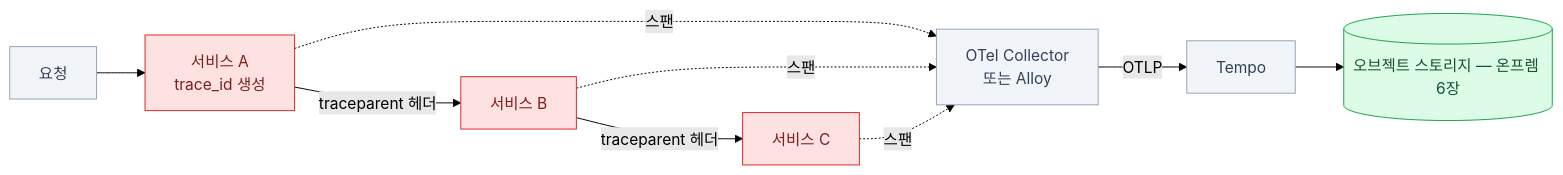
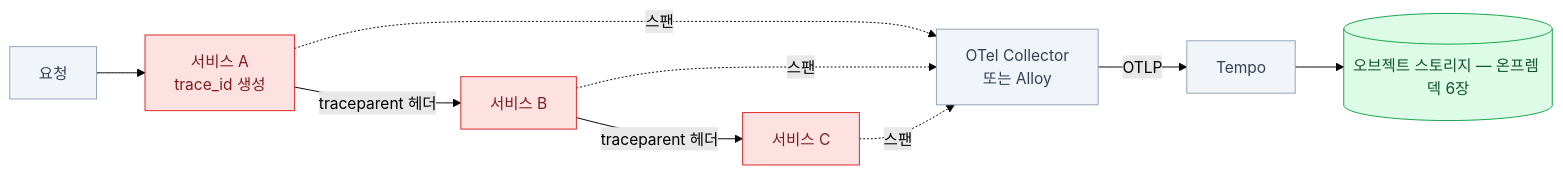
The first of 2 diagrams in src/content/docs/observability/04-tempo.mdx (mechurak/study-starlight), drawn with Mermaid (forest theme) before and after one commit. The commit also changed other lines of this file and 13 other files, not shown here.

````diff
--- a/src/content/docs/observability/04-tempo.mdx
+++ b/src/content/docs/observability/04-tempo.mdx
@@ -91,18 +152,18 @@
 ```mermaid
 flowchart LR
     U["요청"] --> A["서비스 A<br/>trace_id 생성"]
     A -->|"traceparent 헤더"| B["서비스 B"]
     B -->|"traceparent 헤더"| C["서비스 C"]
     A -.->|"스팬"| COL["OTel Collector<br/>또는 Alloy"]
     B -.->|"스팬"| COL
     C -.->|"스팬"| COL
     COL -->|"OTLP"| T["Tempo"]
-    T --> S3[("오브젝트 스토리지 — 온프렘 6장")]
+    T --> S3[("오브젝트 스토리지 — 온프렘 덱 6장")]
 
     classDef bad  fill:#fee2e2,stroke:#dc2626,color:#7f1d1d
     classDef ok   fill:#dcfce7,stroke:#16a34a,color:#14532d
     classDef mute fill:#f1f5f9,stroke:#94a3b8,color:#334155
     class S3 ok
     class A,B,C bad
     class U,COL,T mute
 ```
````
